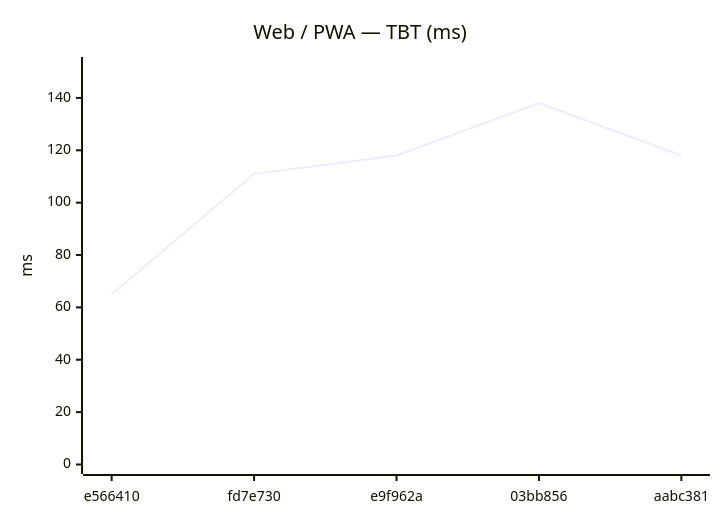
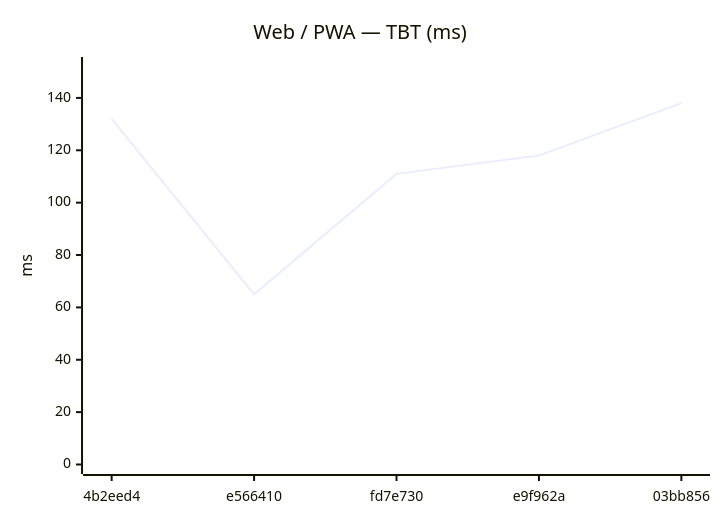
Before and after one commit to Metaheurist/Rianell: the eighth of 18 diagrams in benchmarks/compare.md, drawn with Mermaid. The commit also changed other lines of this file and 11 other files, not shown here.

````diff
--- a/benchmarks/compare.md
+++ b/benchmarks/compare.md
@@ -124,7 +124,7 @@
 ```mermaid
 xychart-beta
     title "Web / PWA — TBT (ms)"
-    x-axis ["e566410", "fd7e730", "e9f962a", "03bb856", "aabc381"]
+    x-axis ["4b2eed4", "e566410", "fd7e730", "e9f962a", "03bb856"]
     y-axis "ms" 0 --> 152
-    line [65, 111, 118, 138, 118]
+    line [132, 65, 111, 118, 138]
 ```
````
